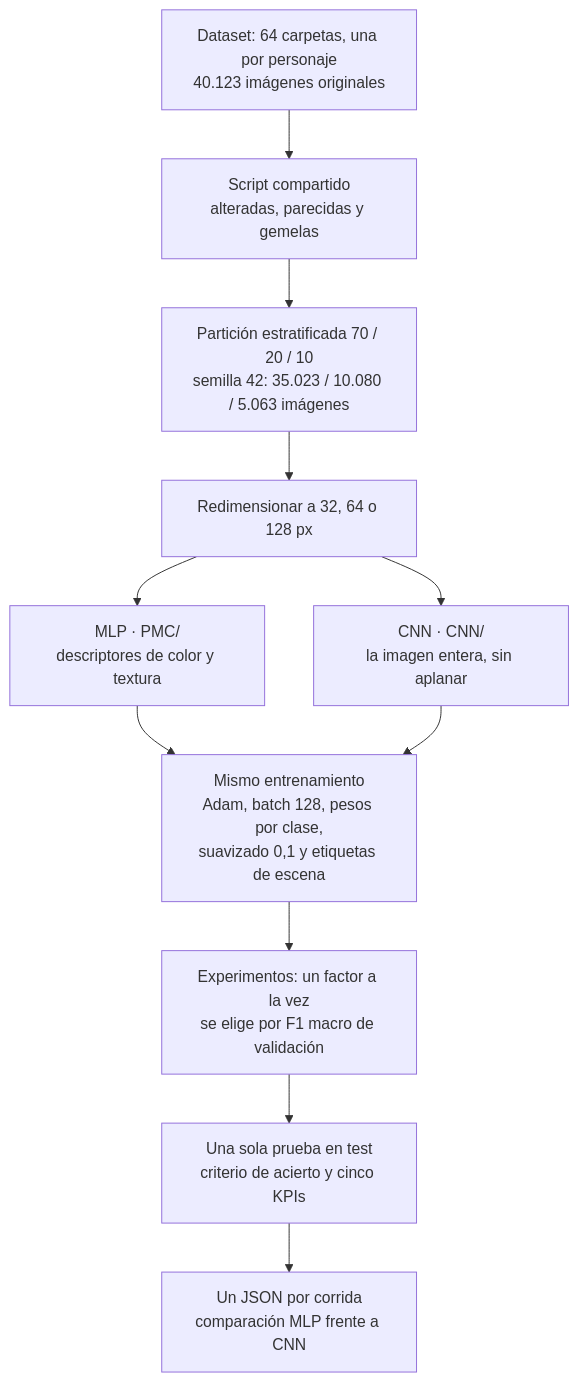
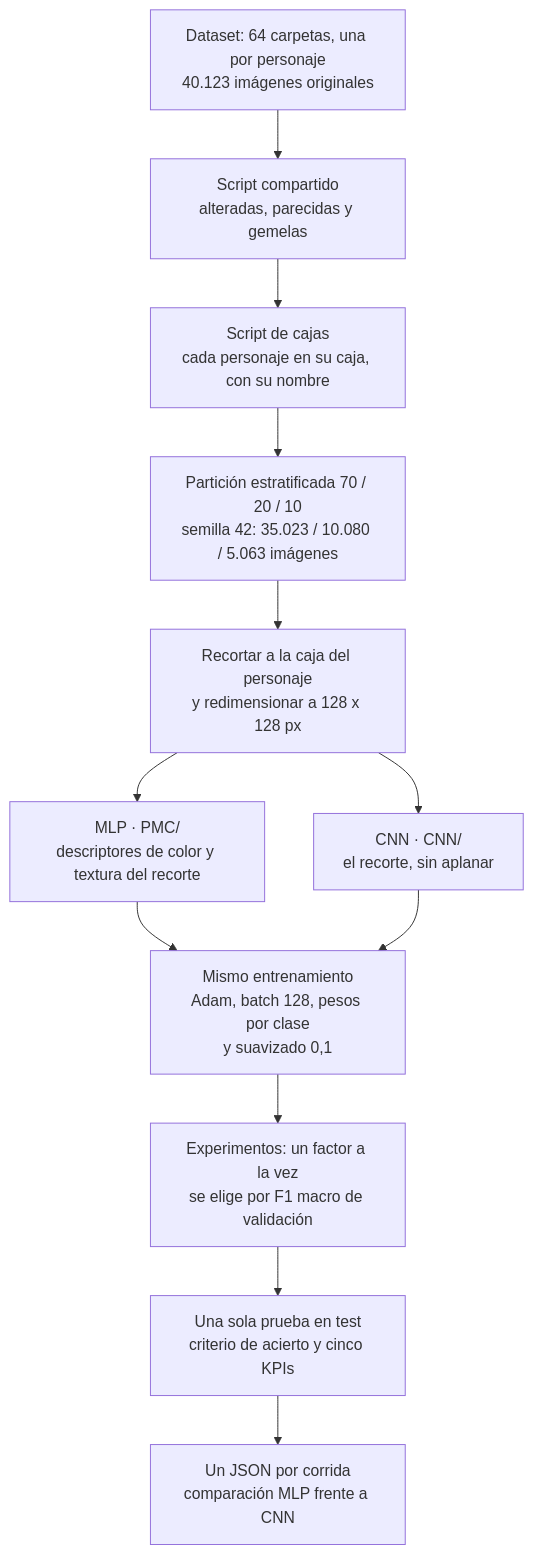
The second of 5 diagrams in README.md (ByFlopp/LosSimpsons_DeepLearning), drawn with Mermaid before and after one commit. The commit also changed other lines of this file and 52 other files, not shown here.

````diff
--- a/README.md
+++ b/README.md
@@ -27,13 +47,14 @@
 ```mermaid
 flowchart TD
     A["Dataset: 64 carpetas, una por personaje<br/>40.123 imágenes originales"] --> B["Script compartido<br/>alteradas, parecidas y gemelas"]
-    B --> C["Partición estratificada 70 / 20 / 10<br/>semilla 42: 35.023 / 10.080 / 5.063 imágenes"]
-    C --> D["Redimensionar a 32, 64 o 128 px"]
-    D --> M["MLP · PMC/<br/>descriptores de color y textura"]
-    D --> N["CNN · CNN/<br/>la imagen entera, sin aplanar"]
-    M --> E["Mismo entrenamiento<br/>Adam, batch 128, pesos por clase,<br/>suavizado 0,1 y etiquetas de escena"]
+    B --> K["Script de cajas<br/>cada personaje en su caja, con su nombre"]
+    K --> C["Partición estratificada 70 / 20 / 10<br/>semilla 42: 35.023 / 10.080 / 5.063 imágenes"]
+    C --> D["Recortar a la caja del personaje<br/>y redimensionar a 128 x 128 px"]
+    D --> M["MLP · PMC/<br/>descriptores de color y textura del recorte"]
+    D --> N["CNN · CNN/<br/>el recorte, sin aplanar"]
+    M --> E["Mismo entrenamiento<br/>Adam, batch 128, pesos por clase<br/>y suavizado 0,1"]
     N --> E
     E --> F["Experimentos: un factor a la vez<br/>se elige por F1 macro de validación"]
     F --> G["Una sola prueba en test<br/>criterio de acierto y cinco KPIs"]
     G --> H["Un JSON por corrida<br/>comparación MLP frente a CNN"]
 ```
````
